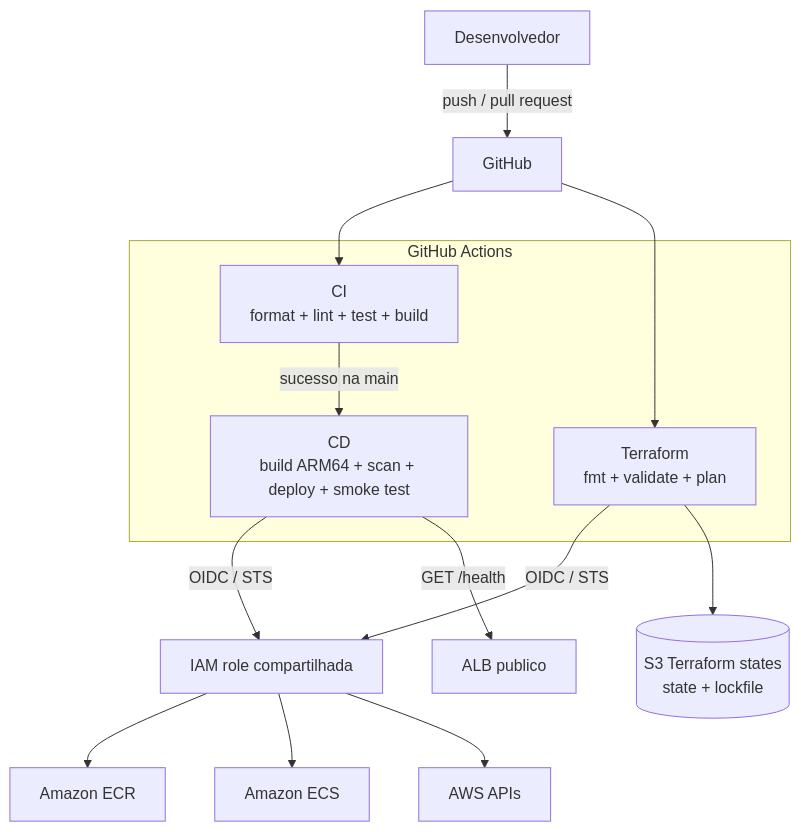
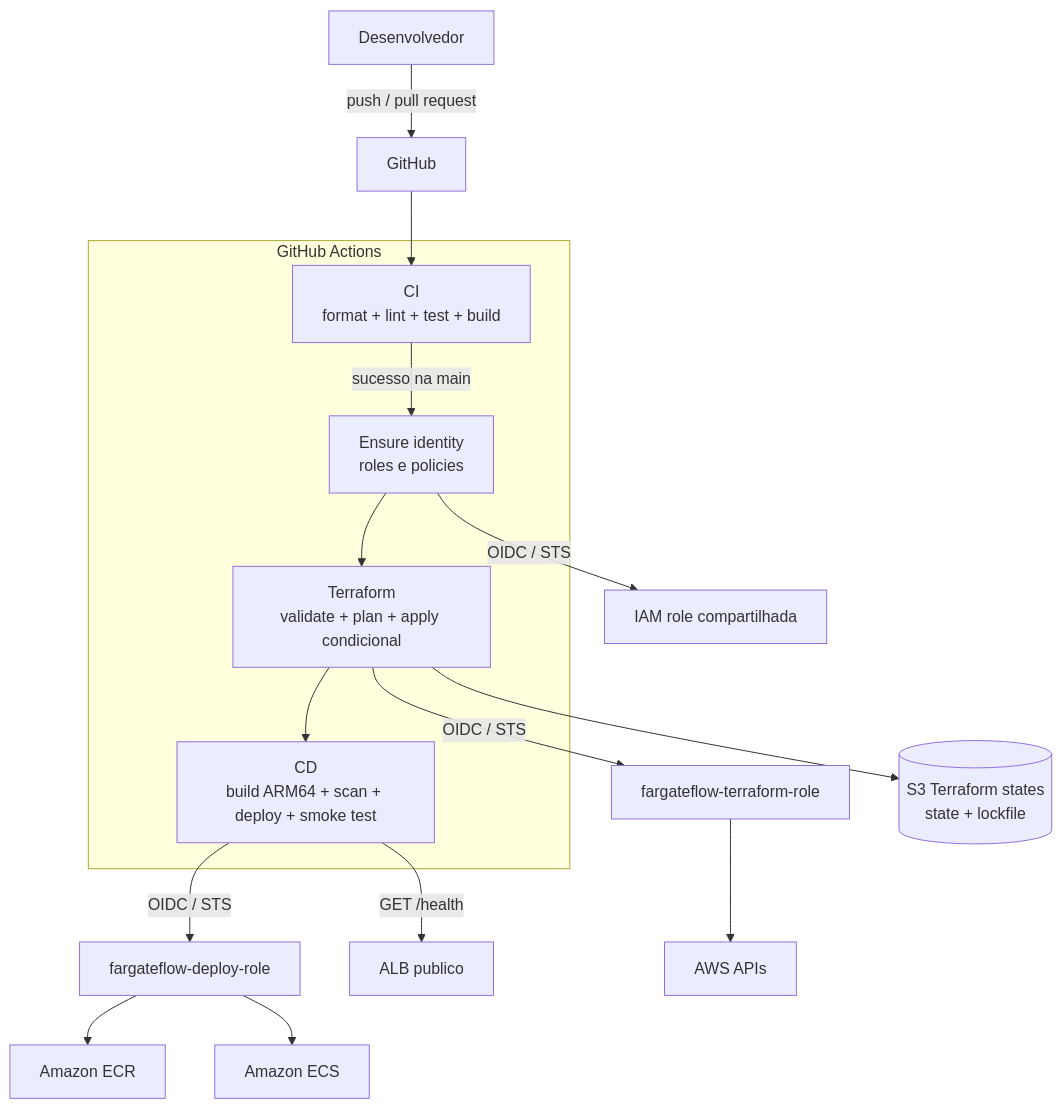
The second of 2 diagrams in docs/architecture.md (kaiotcp1/ECS), drawn with Mermaid before and after one commit. The commit also changed 4 other files, not shown here.

````diff
--- a/docs/architecture.md
+++ b/docs/architecture.md
@@ -58,22 +58,23 @@
 ```mermaid
 flowchart TB
   developer[Desenvolvedor] -->|push / pull request| github[GitHub]
 
   subgraph actions[GitHub Actions]
     ci[CI<br/>format + lint + test + build]
-    tf[Terraform<br/>fmt + validate + plan]
+    identity[Ensure identity<br/>roles e policies]
+    tf[Terraform<br/>validate + plan + apply condicional]
     cd[CD<br/>build ARM64 + scan + deploy + smoke test]
   end
 
   github --> ci
-  github --> tf
-  ci -->|sucesso na main| cd
+  ci -->|sucesso na main| identity --> tf --> cd
 
-  cd -->|OIDC / STS| role[IAM role compartilhada]
-  tf -->|OIDC / STS| role
+  identity -->|OIDC / STS| bootstrap[IAM role compartilhada]
+  tf -->|OIDC / STS| terraformRole[fargateflow-terraform-role]
+  cd -->|OIDC / STS| deployRole[fargateflow-deploy-role]
   tf --> state[(S3 Terraform states<br/>state + lockfile)]
-  role --> ecr[Amazon ECR]
-  role --> ecs[Amazon ECS]
-  role --> aws[AWS APIs]
+  deployRole --> ecr[Amazon ECR]
+  deployRole --> ecs[Amazon ECS]
+  terraformRole --> aws[AWS APIs]
   cd -->|GET /health| alb[ALB publico]
 ```
````
